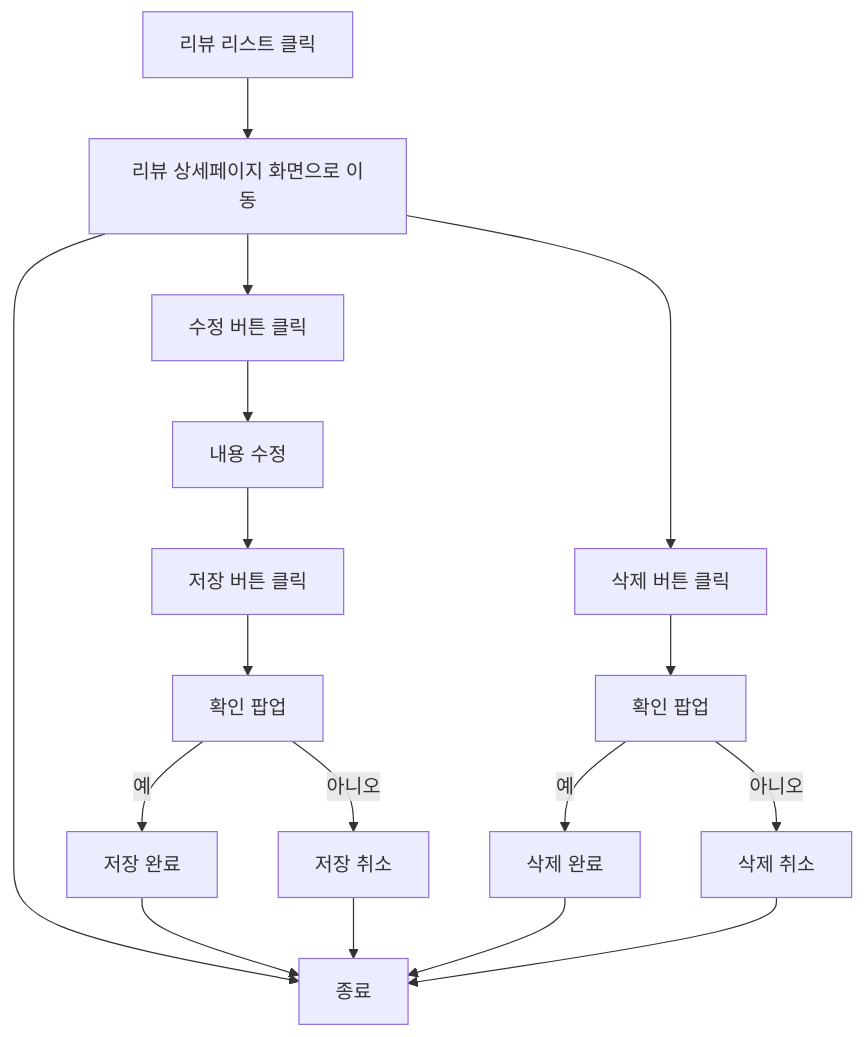
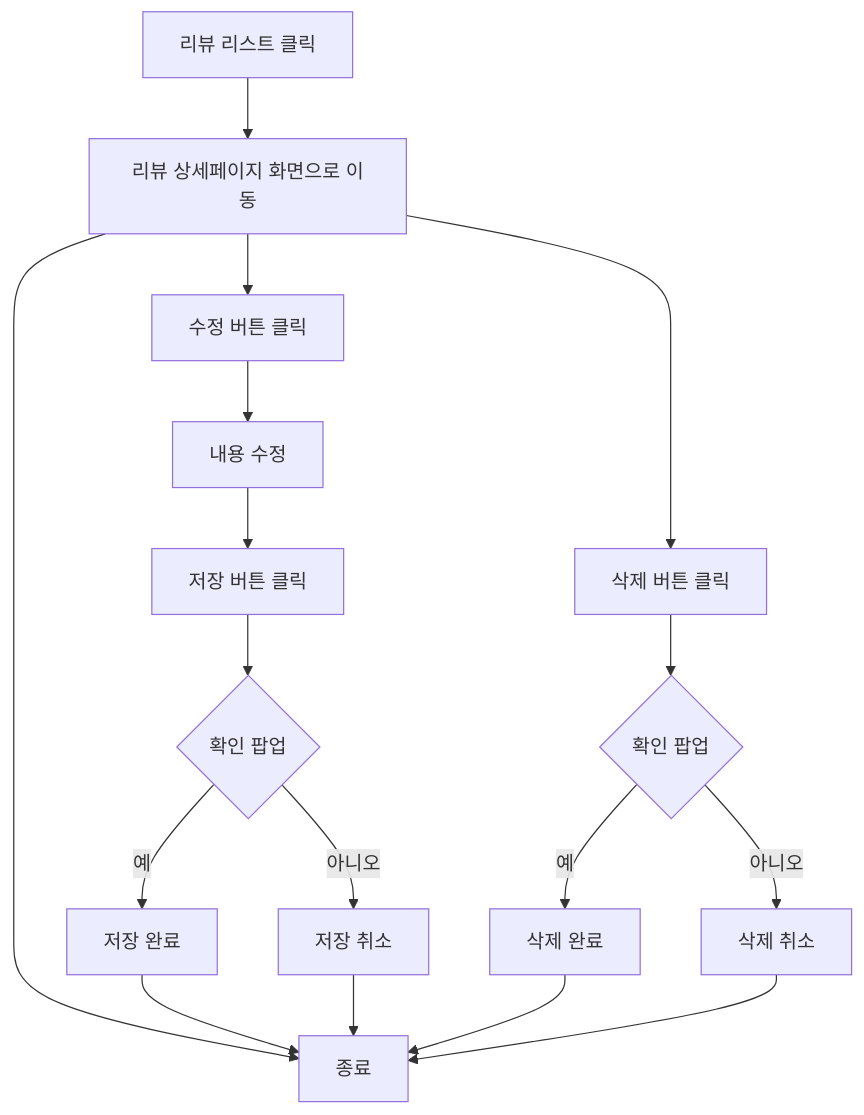
Before and after one commit to Dev-FE-3/team1-woowa-iz-JjinMat: diagram 11 of 25 in design/기능정의서.md, drawn with Mermaid. The commit also changed other lines of this file, not shown here.

````diff
--- a/design/기능정의서.md
+++ b/design/기능정의서.md
@@ -365,8 +315,8 @@
 ```mermaid
 flowchart TD
     A[리뷰 리스트 클릭] --> B[리뷰 상세페이지 화면으로 이동] --> 종료
-    B[리뷰 상세페이지 화면으로 이동] --> C[수정 버튼 클릭] --> D[내용 수정] --> E[저장 버튼 클릭] --> F[확인 팝업] -- 예 --> G[저장 완료] --> 종료
-    F[확인 팝업] -- 아니오 --> H[저장 취소] --> 종료
-    B[리뷰 상세페이지 화면으로 이동] --> I[삭제 버튼 클릭] --> J[확인 팝업] -- 예 --> K[삭제 완료] --> 종료
-    J[확인 팝업] -- 아니오 --> L[삭제 취소] --> 종료
+    B[리뷰 상세페이지 화면으로 이동] --> C[수정 버튼 클릭] --> D[내용 수정] --> E[저장 버튼 클릭] --> F{확인 팝업} -- 예 --> G[저장 완료] --> 종료
+    F{확인 팝업} -- 아니오 --> H[저장 취소] --> 종료
+    B[리뷰 상세페이지 화면으로 이동] --> I[삭제 버튼 클릭] --> J{확인 팝업} -- 예 --> K[삭제 완료] --> 종료
+    J{확인 팝업} -- 아니오 --> L[삭제 취소] --> 종료
 ```
````
